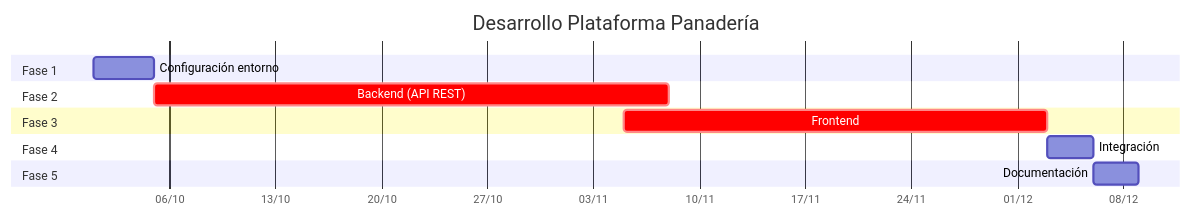
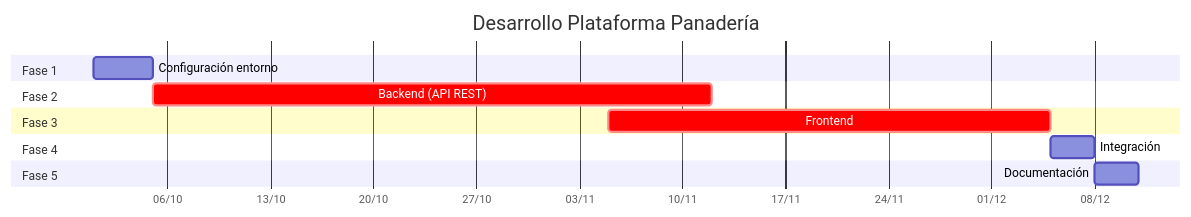
The fifth of 5 diagrams in doc/doc.md (CacholoDev/PFC), drawn with Mermaid before and after one commit. The commit also changed other lines of this file and 10 other files, not shown here.

````diff
--- a/doc/doc.md
+++ b/doc/doc.md
@@ -365,16 +412,16 @@
 ```mermaid
 gantt
     title Desarrollo Plataforma Panadería
     dateFormat  YYYY-MM-DD
     axisFormat %d/%m
     section Fase 1
     Configuración entorno :2024-10-01, 4d
     section Fase 2
-    Backend (API REST) :crit, 2024-10-05, 34d
+    Backend (API REST) :crit, 2024-10-05, 38d
     section Fase 3
-    Frontend :crit, 2024-11-5, 28d
+    Frontend :crit, 2024-11-5, 30d
     section Fase 4
-    Integración :2024-12-03, 3d
+    Integración :2024-12-05, 3d
     section Fase 5
-    Documentación :2024-12-06, 3d
+    Documentación :2024-12-08, 3d
 ```
````
